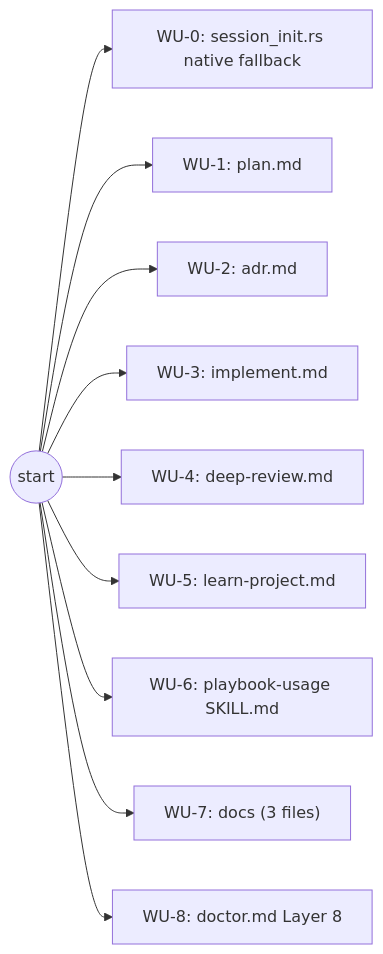
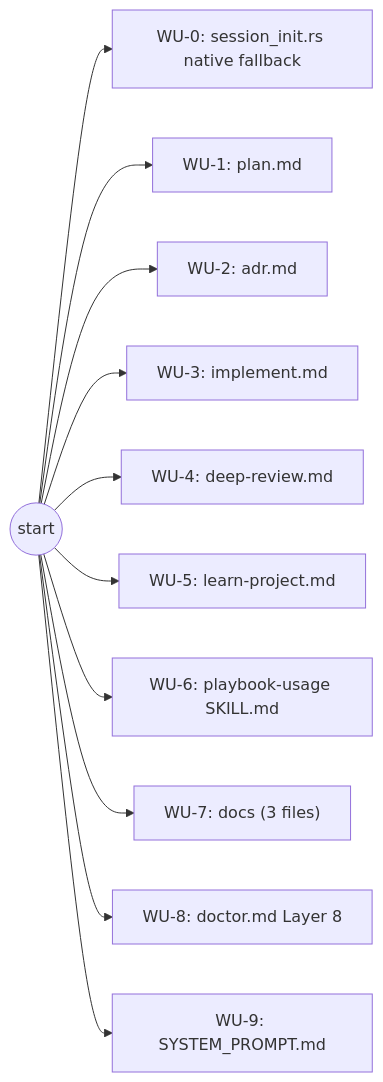
The diagram in docs/adr/0014-retire-memory-md-index-blueprint.md (pragmatic-engineer/playbook), drawn with Mermaid before and after one commit. The commit also changed other lines of this file and 2 other files, not shown here.

First line of the commit message:
docs(adr-0014): add WU-9 for SYSTEM_PROMPT.md memory index cleanup

````diff
--- a/docs/adr/0014-retire-memory-md-index-blueprint.md
+++ b/docs/adr/0014-retire-memory-md-index-blueprint.md
@@ -190,22 +209,24 @@
 ```mermaid
 flowchart LR
   WU0["WU-0: session_init.rs native fallback"]
   WU1["WU-1: plan.md"]
   WU2["WU-2: adr.md"]
   WU3["WU-3: implement.md"]
   WU4["WU-4: deep-review.md"]
   WU5["WU-5: learn-project.md"]
   WU6["WU-6: playbook-usage SKILL.md"]
   WU7["WU-7: docs (3 files)"]
   WU8["WU-8: doctor.md Layer 8"]
+  WU9["WU-9: SYSTEM_PROMPT.md"]
 
   START(("start")) --> WU0
   START --> WU1
   START --> WU2
   START --> WU3
   START --> WU4
   START --> WU5
   START --> WU6
   START --> WU7
   START --> WU8
+  START --> WU9
 ```
````
